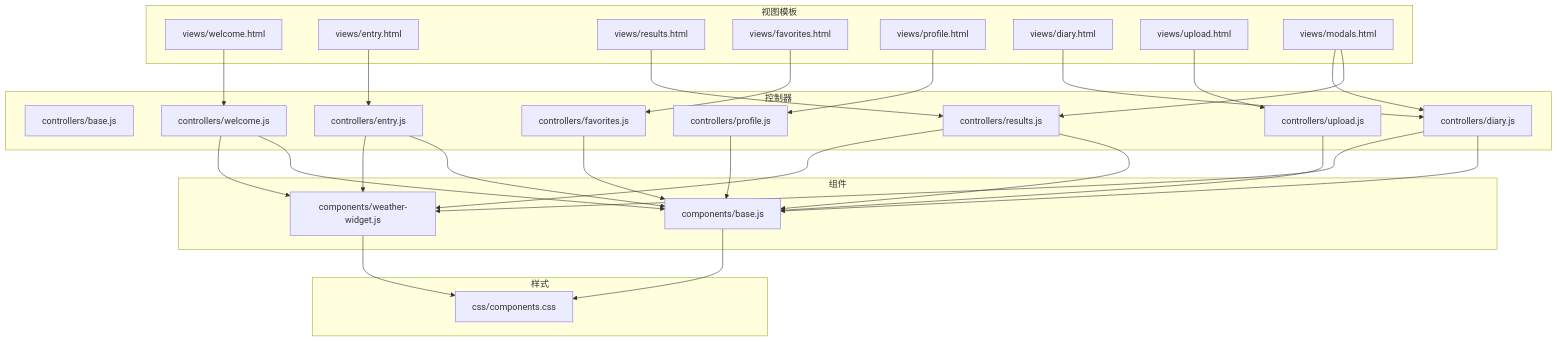
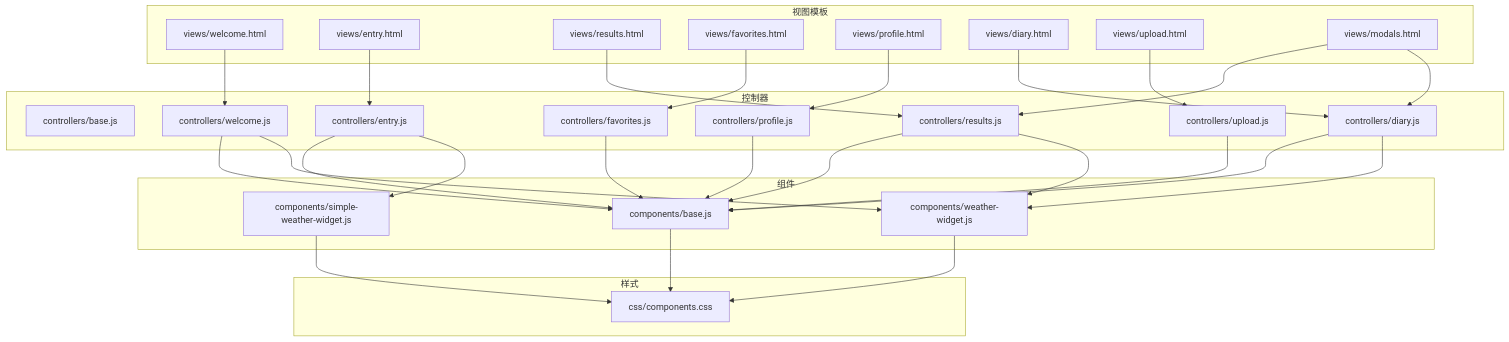
The first of 9 diagrams in .qoder/repowiki/zh/content/用户界面组件/用户界面组件.md (jeankeim/wuxing-fashion), drawn with Mermaid before and after one commit. The commit also changed other lines of this file and 27 other files, not shown here.

````diff
--- a/.qoder/repowiki/zh/content/用户界面组件/用户界面组件.md
+++ b/.qoder/repowiki/zh/content/用户界面组件/用户界面组件.md
@@ -54,52 +63,54 @@
 ```mermaid
 graph TB
 subgraph "视图模板"
 V1["views/welcome.html"]
 V2["views/entry.html"]
 V3["views/results.html"]
 V4["views/favorites.html"]
 V5["views/profile.html"]
 V6["views/diary.html"]
 V7["views/upload.html"]
 VM["views/modals.html"]
 end
 subgraph "控制器"
 C1["controllers/base.js"]
 C2["controllers/welcome.js"]
 C3["controllers/entry.js"]
 C4["controllers/results.js"]
 C5["controllers/favorites.js"]
 C6["controllers/profile.js"]
 C7["controllers/diary.js"]
 C8["controllers/upload.js"]
 end
 subgraph "组件"
 W1["components/base.js"]
 W2["components/weather-widget.js"]
+W3["components/simple-weather-widget.js"]
 end
 subgraph "样式"
 S1["css/components.css"]
 end
 V1 --> C2
 V2 --> C3
 V3 --> C4
 V4 --> C5
 V5 --> C6
 V6 --> C7
 V7 --> C8
 VM --> C4
 VM --> C7
 C2 --> W1
 C3 --> W1
 C4 --> W1
 C5 --> W1
 C6 --> W1
 C7 --> W1
 C8 --> W1
 C2 --> W2
-C3 --> W2
+C3 --> W3
 C4 --> W2
 C7 --> W2
 W1 --> S1
 W2 --> S1
+W3 --> S1
 ```
````
